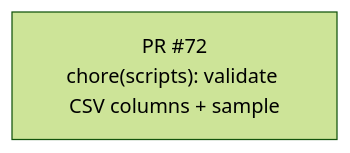
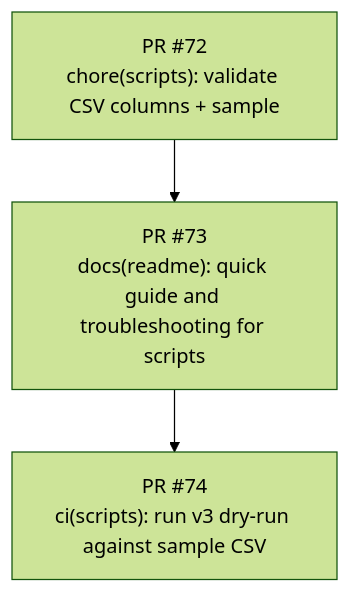
One commit to revton/car-fuel changed the diagram in docs/stack-plan/STACK-PR-PLAN.md. Above: the diagram before and after it, drawn with Mermaid (forest theme).

Commit message:
docs(stack): update Mermaid stack graph

````diff
--- a/docs/stack-plan/STACK-PR-PLAN.md
+++ b/docs/stack-plan/STACK-PR-PLAN.md
@@ -6,5 +6,11 @@
 ```mermaid
 flowchart TD
+  pr74["PR #74
+ci(scripts): run v3 dry-run against sample CSV"]
+  pr73["PR #73
+docs(readme): quick guide and troubleshooting for scripts"]
   pr72["PR #72
 chore(scripts): validate CSV columns + sample"]
+  pr73 --> pr74
+  pr72 --> pr73
 ```
````
